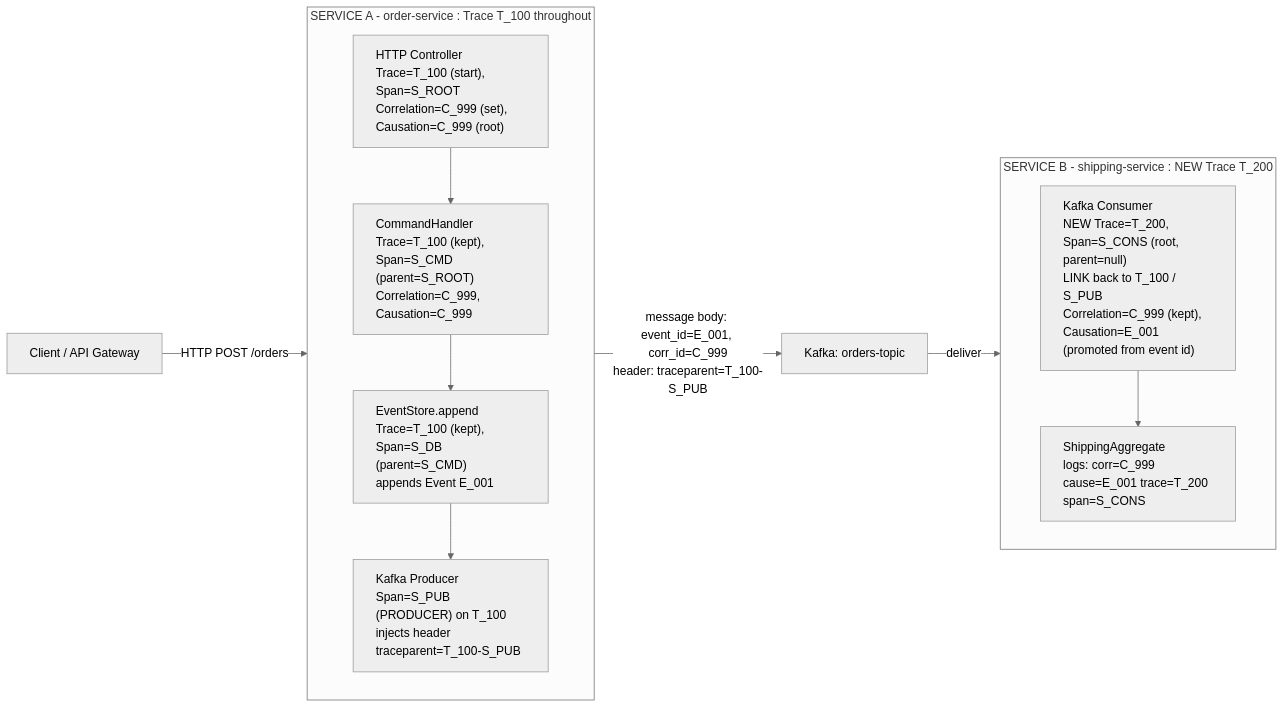
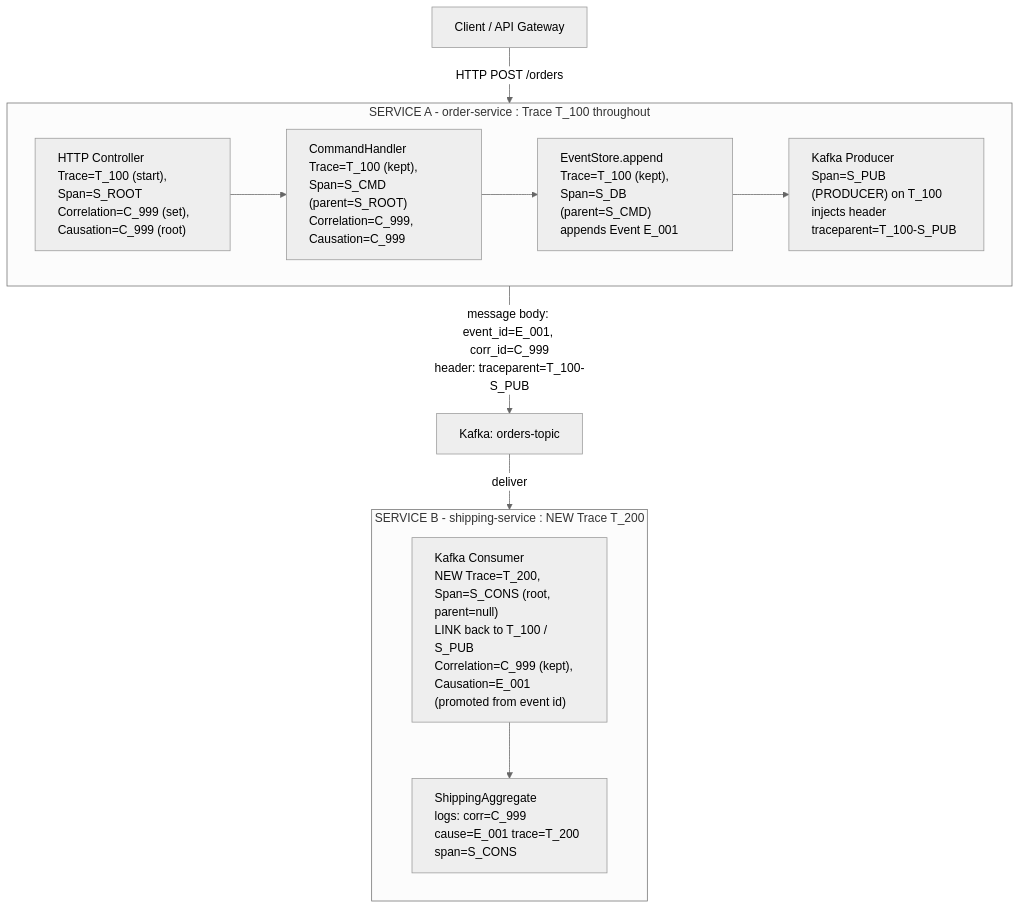
One commit to skull-sage/ping-pong changed the third of 5 diagrams in analysis/data_modeling.md. Above: the diagram before and after it, drawn with Mermaid (neutral theme). The commit also changed other lines of this file, not shown here.

````diff
--- a/analysis/data_modeling.md
+++ b/analysis/data_modeling.md
@@ -153,27 +153,27 @@
 ```mermaid
-graph LR
+graph TB
     C["Client / API Gateway"]
 
     subgraph SA[SERVICE A - order-service : Trace T_100 throughout]
-        direction TB
+        direction LR
         A1["<div style='text-align:left'>HTTP Controller<br/>Trace=T_100 (start), Span=S_ROOT<br/>Correlation=C_999 (set), Causation=C_999 (root)</div>"]
         A2["<div style='text-align:left'>CommandHandler<br/>Trace=T_100 (kept), Span=S_CMD (parent=S_ROOT)<br/>Correlation=C_999, Causation=C_999</div>"]
         A3["<div style='text-align:left'>EventStore.append<br/>Trace=T_100 (kept), Span=S_DB (parent=S_CMD)<br/>appends Event E_001</div>"]
         A4["<div style='text-align:left'>Kafka Producer<br/>Span=S_PUB (PRODUCER) on T_100<br/>injects header traceparent=T_100-S_PUB</div>"]
         A1 --> A2
         A2 --> A3
         A3 --> A4
     end
 
     C -->|"HTTP POST /orders"| A1
     A4 -->|"message body: event_id=E_001, corr_id=C_999<br/>header: traceparent=T_100-S_PUB"| K["Kafka: orders-topic"]
 
     subgraph SB[SERVICE B - shipping-service : NEW Trace T_200]
         direction TB
         B1["<div style='text-align:left'>Kafka Consumer<br/>NEW Trace=T_200, Span=S_CONS (root, parent=null)<br/>LINK back to T_100 / S_PUB<br/>Correlation=C_999 (kept), Causation=E_001 (promoted from event id)</div>"]
         B2["<div style='text-align:left'>ShippingAggregate<br/>logs: corr=C_999 cause=E_001 trace=T_200 span=S_CONS</div>"]
         B1 --> B2
     end
 
     K -->|"deliver"| B1
 ```
````
